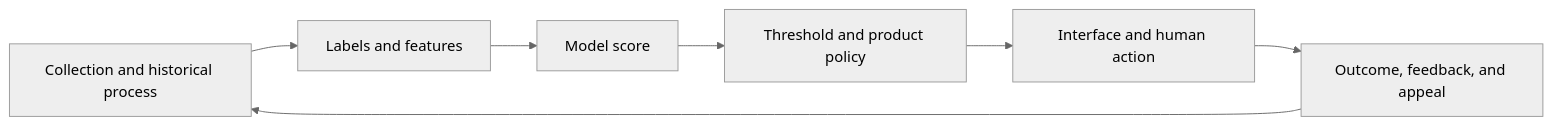
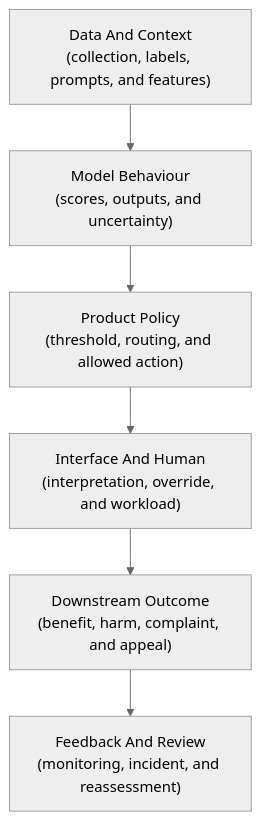
The second of 5 diagrams in roadmaps/mlops/modules/governance-and-responsible-ai/risk/03-responsible-ai-checks-before-release.md (senlinyy/dev-roadmaps), drawn with Mermaid (neutral theme) before and after one commit. The commit also changed other lines of this file and 152 other files, not shown here.

Commit message:
feat: mlops and diagrams updated

````diff
--- a/roadmaps/mlops/modules/governance-and-responsible-ai/risk/03-responsible-ai-checks-before-release.md
+++ b/roadmaps/mlops/modules/governance-and-responsible-ai/risk/03-responsible-ai-checks-before-release.md
@@ -65,9 +141,11 @@
 ```mermaid
-flowchart LR
-    C["Collection and historical process"] --> L["Labels and features"]
-    L --> M["Model score"]
-    M --> P["Threshold and product policy"]
-    P --> U["Interface and human action"]
-    U --> O["Outcome, feedback, and appeal"]
-    O --> C
+flowchart TD
+    A["Data And Context<br/>(collection, labels, prompts, and features)"] --> B["Model Behaviour<br/>(scores, outputs, and uncertainty)"]
+    B --> C["Product Policy<br/>(threshold, routing, and allowed action)"]
+    C --> D["Interface And Human<br/>(interpretation, override, and workload)"]
+    D --> E["Downstream Outcome<br/>(benefit, harm, complaint, and appeal)"]
+    E --> F["Feedback And Review<br/>(monitoring, incident, and reassessment)"]
+
+    class A data;
+    class B,C,D,E,F work;
 ```
````
